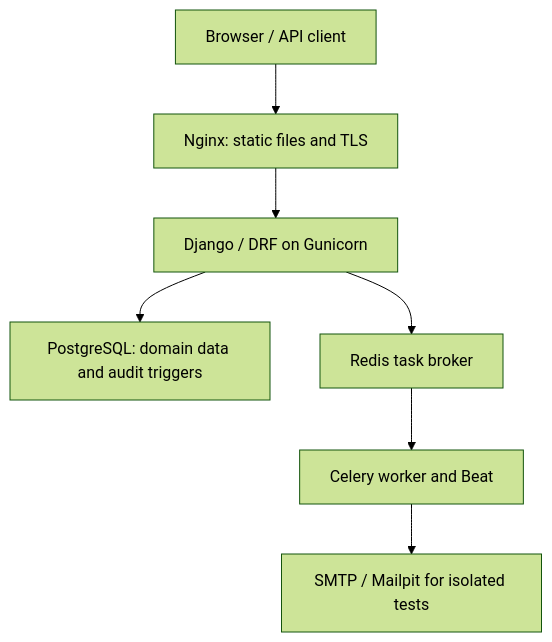
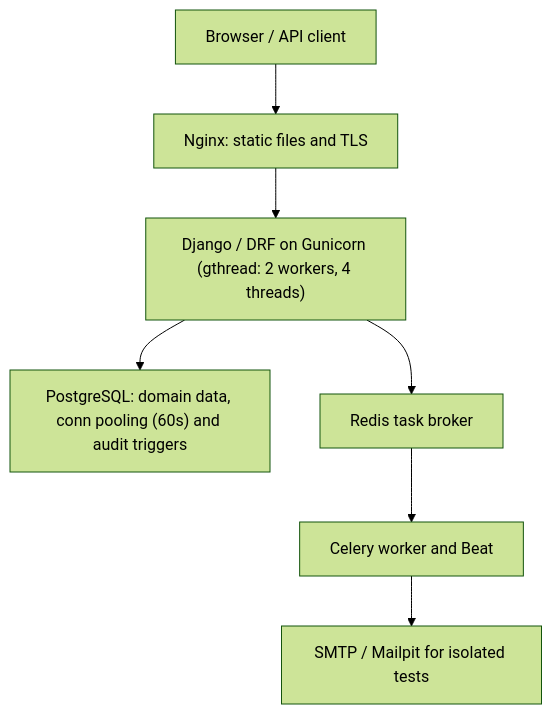
Before and after one commit to Kundhan73/SE-MiniProject-SAMS: the diagram in docs/FINAL_PROJECT_REPORT.md, drawn with Mermaid (forest theme). The commit also changed other lines of this file and 13 other files, not shown here.

````diff
--- a/docs/FINAL_PROJECT_REPORT.md
+++ b/docs/FINAL_PROJECT_REPORT.md
@@ -37,9 +37,9 @@
 ```mermaid
 flowchart TD
     B["Browser / API client"] --> N["Nginx: static files and TLS"]
-    N --> W["Django / DRF on Gunicorn"]
-    W --> D["PostgreSQL: domain data and audit triggers"]
+    N --> W["Django / DRF on Gunicorn (gthread: 2 workers, 4 threads)"]
+    W --> D["PostgreSQL: domain data, conn pooling (60s) and audit triggers"]
     W --> R["Redis task broker"]
     R --> C["Celery worker and Beat"]
     C --> M["SMTP / Mailpit for isolated tests"]
 ```
````
